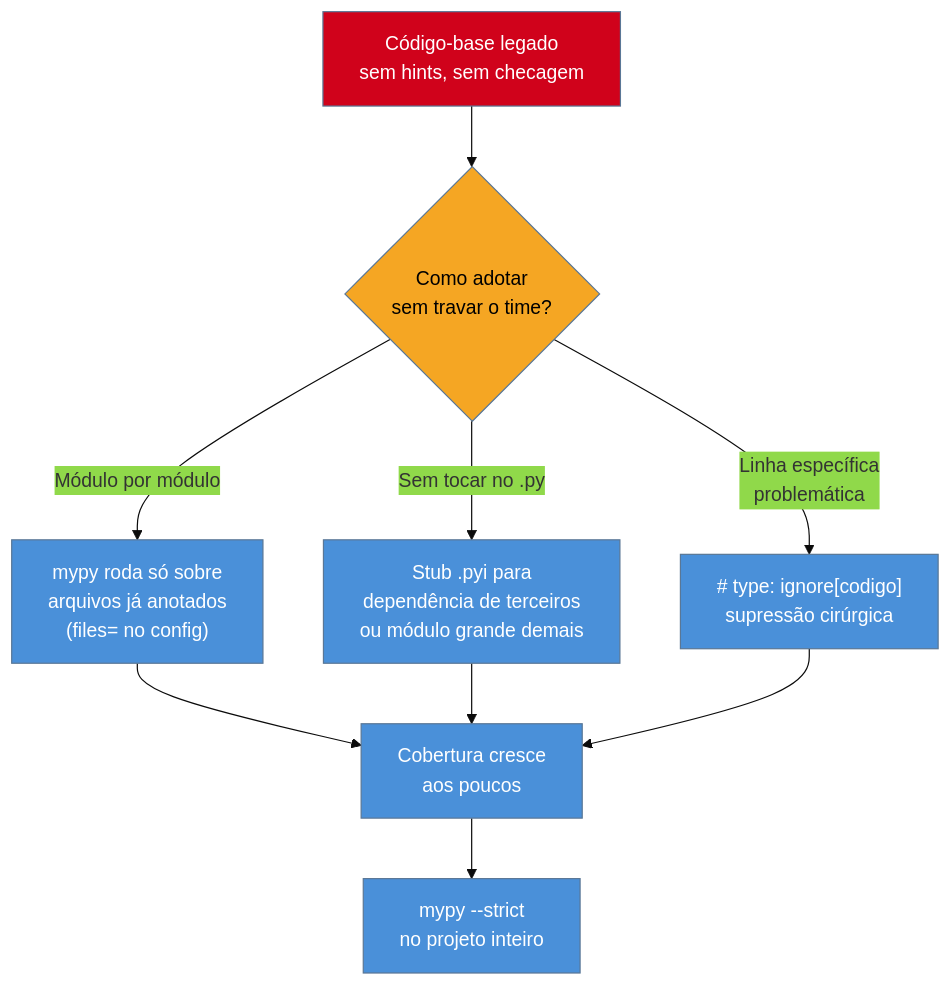
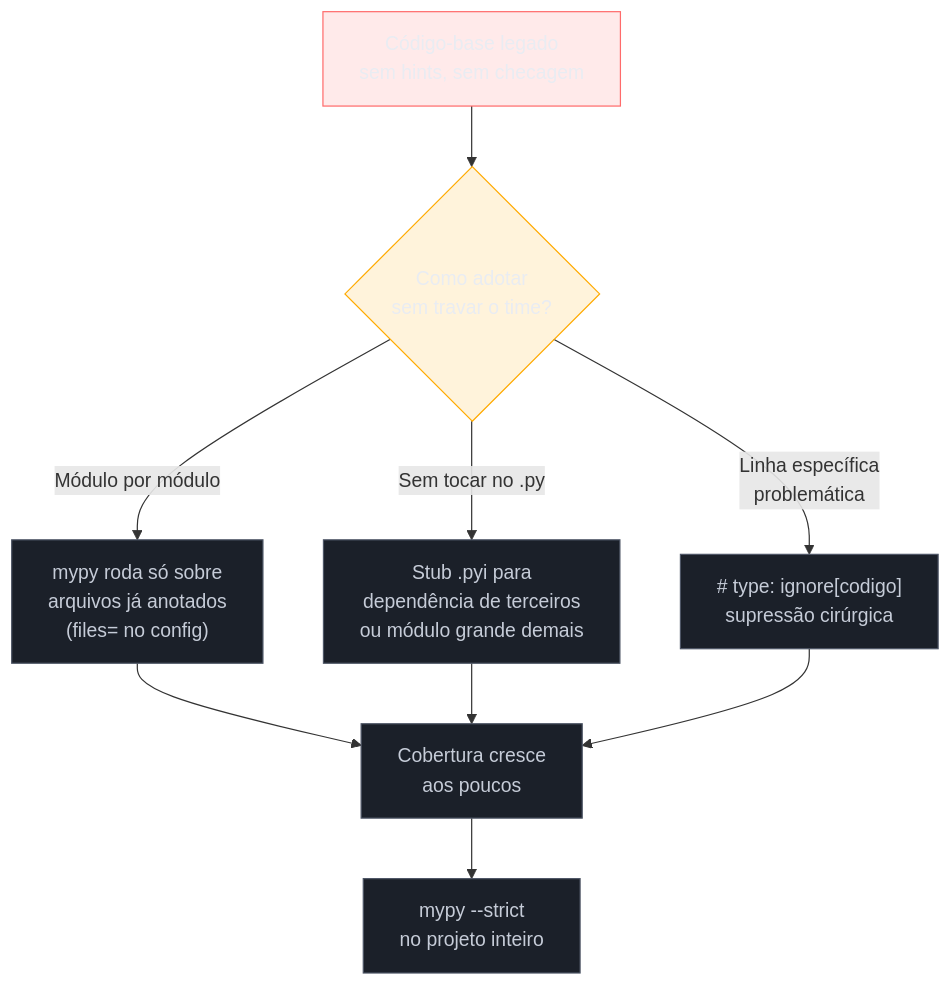
The diagram in 03-Dominios/Tecnologia/Python/Tipagem moderna/04 - mypy e pyright — checagem estática na prática.md (josenaldo/codex-technomanticus), drawn with Mermaid before and after one commit. The commit also changed 1181 other files, not shown here.

First line of the commit message:
fix(diagramas): paleta do sistema no lugar de cor cravada no markdown

````diff
--- a/03-Dominios/Tecnologia/Python/Tipagem moderna/04 - mypy e pyright — checagem estática na prática.md
+++ b/03-Dominios/Tecnologia/Python/Tipagem moderna/04 - mypy e pyright — checagem estática na prática.md
@@ -191,20 +191,22 @@
 ```mermaid
-%%{init: {"theme": "base", "themeVariables": {"primaryColor": "#4A90D9"}}}%%
 flowchart TD
+    classDef falha fill:#FF6B6B24,stroke:#FF6B6B,color:#E9ECF2
+    classDef destaque fill:#FFAA0024,stroke:#FFAA00,color:#E9ECF2
+    classDef neutro fill:#1B2029,stroke:#4E5666,color:#C6CCD8
     A["Código-base legado\nsem hints, sem checagem"] --> B{"Como adotar\nsem travar o time?"}
     B -->|"Módulo por módulo"| C["mypy roda só sobre\narquivos já anotados\n(files= no config)"]
     B -->|"Sem tocar no .py"| D["Stub .pyi para\ndependência de terceiros\nou módulo grande demais"]
     B -->|"Linha específica\nproblemática"| E["# type: ignore[codigo]\nsupressão cirúrgica"]
     C --> F["Cobertura cresce\naos poucos"]
     D --> F
     E --> F
     F --> G["mypy --strict\nno projeto inteiro"]
 
-    style A fill:#D0021B,color:#fff
-    style B fill:#F5A623,color:#000
-    style C fill:#4A90D9,color:#fff
-    style D fill:#4A90D9,color:#fff
-    style E fill:#4A90D9,color:#fff
-    style F fill:#4A90D9,color:#fff
-    style G fill:#4A90D9,color:#fff
+    class A falha
+    class B destaque
+    class C neutro
+    class D neutro
+    class E neutro
+    class F neutro
+    class G neutro
 ```
````
